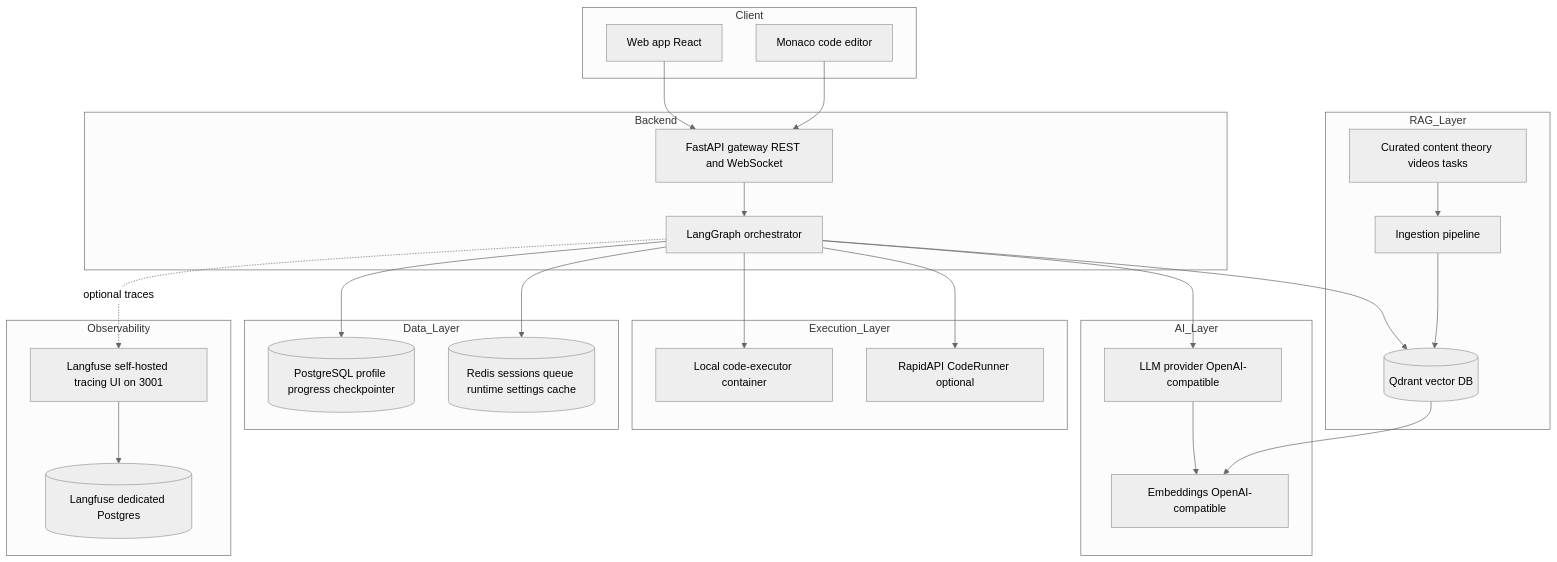
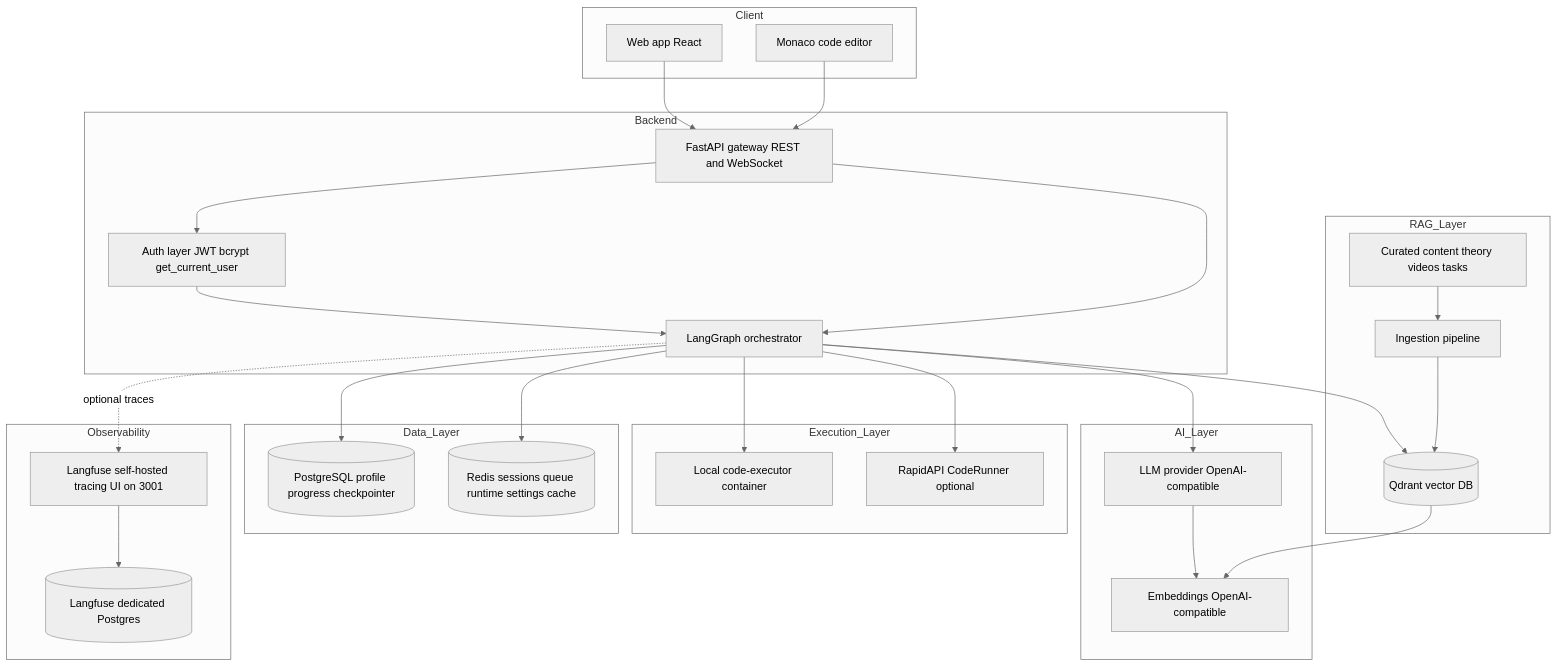
Before and after one commit to dmitrygashnikov/demo_ai_agent: the first of 5 diagrams in README.md, drawn with Mermaid (neutral theme). The commit also changed other lines of this file and 21 other files, not shown here.

````diff
--- a/README.md
+++ b/README.md
@@ -29,54 +29,57 @@
 ```mermaid
 graph TD
     subgraph Client
         WEB[Web app React]
         EDITOR[Monaco code editor]
     end
 
     subgraph Backend
         API[FastAPI gateway REST and WebSocket]
+        AUTH[Auth layer JWT bcrypt get_current_user]
         ORCH[LangGraph orchestrator]
     end
 
     subgraph AI_Layer
         LLM[LLM provider OpenAI-compatible]
         EMB[Embeddings OpenAI-compatible]
     end
 
     subgraph RAG_Layer
         VDB[(Qdrant vector DB)]
         INGEST[Ingestion pipeline]
         CONTENT[Curated content theory videos tasks]
     end
 
     subgraph Execution_Layer
         LOCAL[Local code-executor container]
         RAPID[RapidAPI CodeRunner optional]
     end
 
     subgraph Data_Layer
         PG[(PostgreSQL profile progress checkpointer)]
         CACHE[(Redis sessions queue runtime settings cache)]
     end
 
     subgraph Observability
         LF[Langfuse self-hosted tracing UI on 3001]
         LFDB[(Langfuse dedicated Postgres)]
     end
 
     WEB --> API
     EDITOR --> API
+    API --> AUTH
+    AUTH --> ORCH
     API --> ORCH
     ORCH --> LLM
     ORCH --> VDB
     ORCH --> LOCAL
     ORCH --> RAPID
     LLM --> EMB
     VDB --> EMB
     INGEST --> VDB
     CONTENT --> INGEST
     ORCH --> PG
     ORCH --> CACHE
     ORCH -.optional traces.-> LF
     LF --> LFDB
 ```
````
